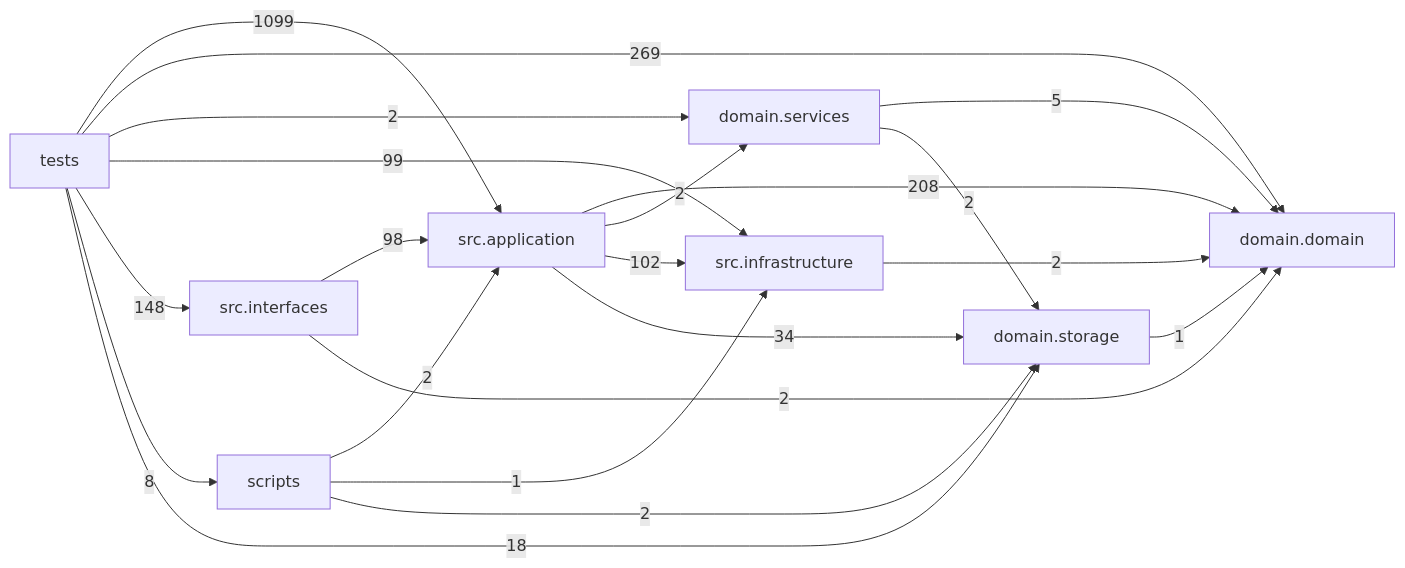
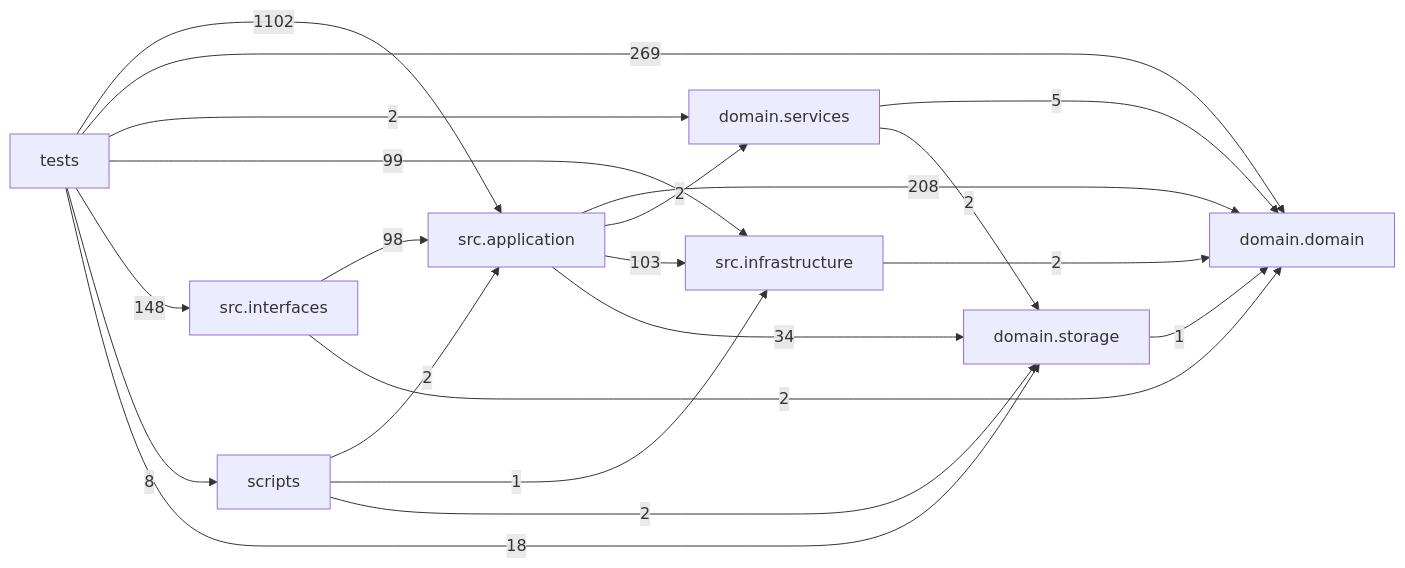
One commit to liuxie066/options-monitor changed the diagram in docs/DEPENDENCY_GRAPH.md. Above: the diagram before and after it, drawn with Mermaid. The commit also changed other lines of this file and 15 other files, not shown here.

````diff
--- a/docs/DEPENDENCY_GRAPH.md
+++ b/docs/DEPENDENCY_GRAPH.md
@@ -24,31 +24,31 @@
 ```mermaid
 flowchart LR
   tests["tests"]
   scripts["scripts"]
   interfaces["src.interfaces"]
   application["src.application"]
   infrastructure["src.infrastructure"]
   domain_services["domain.services"]
   domain["domain.domain"]
   storage["domain.storage"]
   application -->|208| domain
   application -->|2| domain_services
-  application -->|102| infrastructure
+  application -->|103| infrastructure
   application -->|34| storage
   domain_services -->|5| domain
   domain_services -->|2| storage
   infrastructure -->|2| domain
   interfaces -->|98| application
   interfaces -->|2| domain
   scripts -->|2| application
   scripts -->|1| infrastructure
   scripts -->|2| storage
   storage -->|1| domain
-  tests -->|1099| application
+  tests -->|1102| application
   tests -->|269| domain
   tests -->|2| domain_services
   tests -->|99| infrastructure
   tests -->|148| interfaces
   tests -->|8| scripts
   tests -->|18| storage
 ```
````
